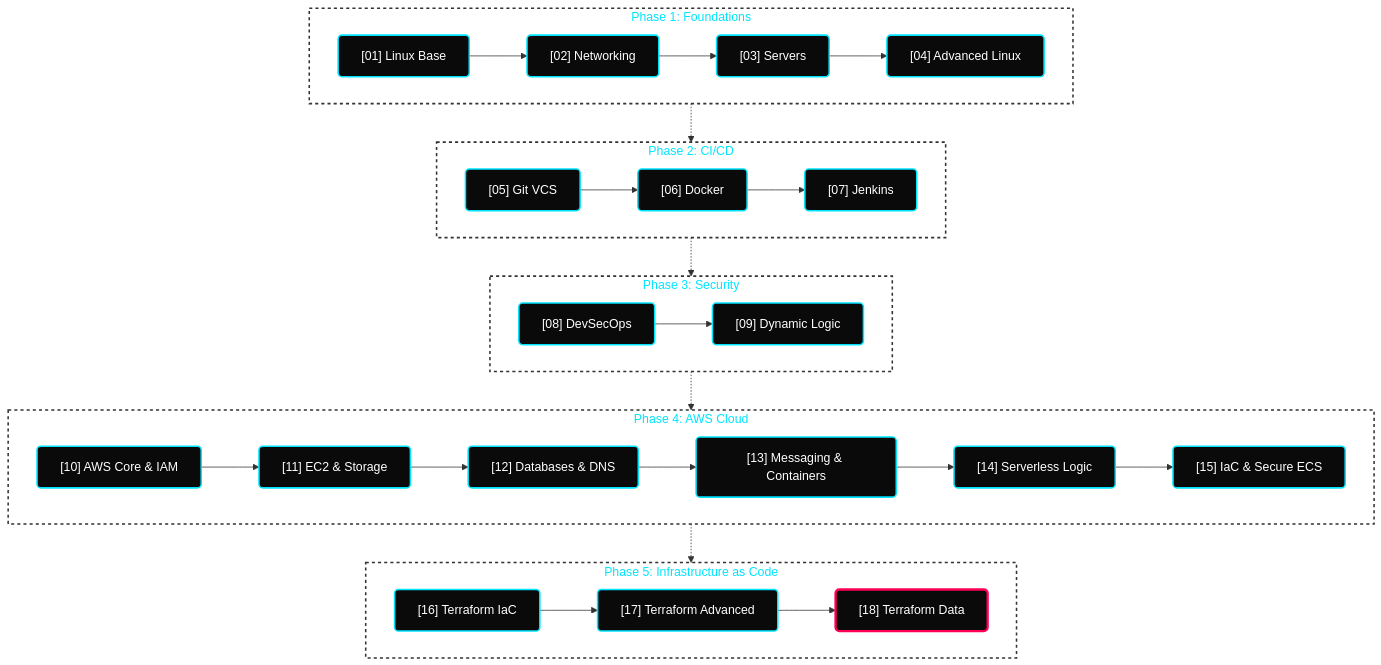
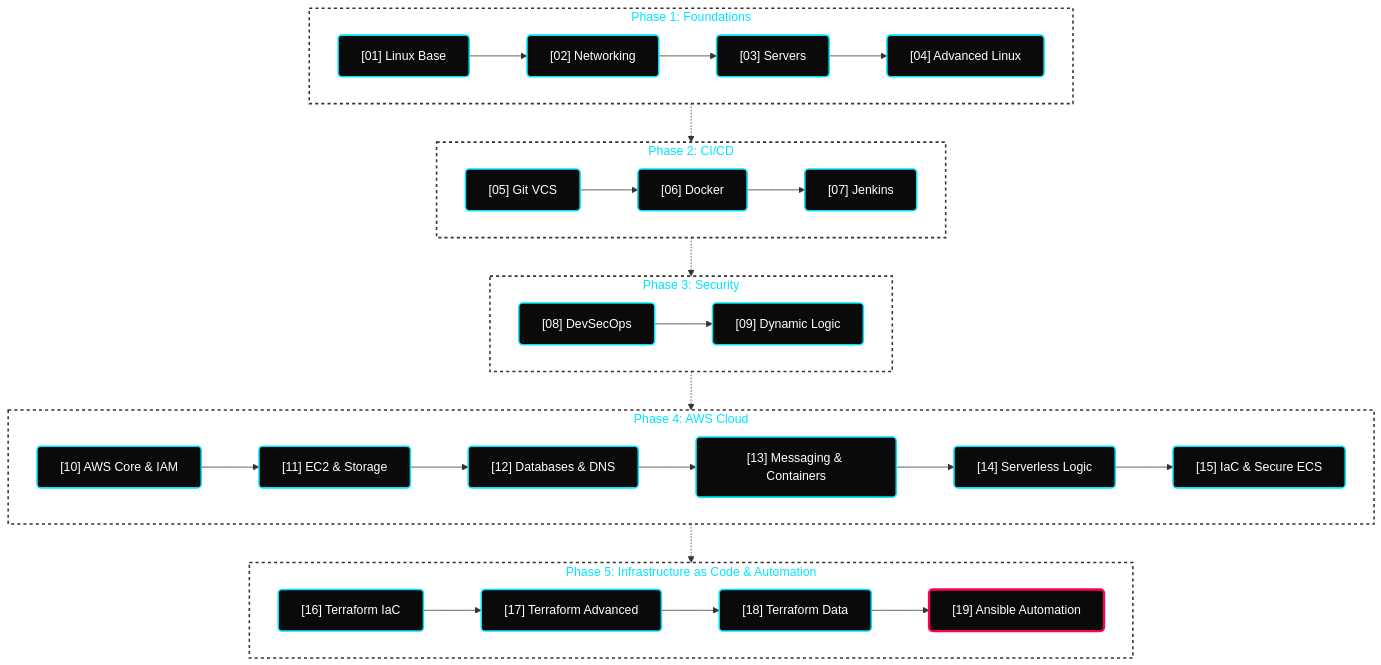
Before and after one commit to hridyen/DevOps-Survival-Roadmap: the diagram in README.md, drawn with Mermaid. The commit also changed other lines of this file and 10 other files, not shown here.

````diff
--- a/README.md
+++ b/README.md
@@ -106,33 +108,33 @@
 ```mermaid
 flowchart TD
     classDef default fill:#0A0A0A,stroke:#00E5FF,stroke-width:2px,color:#FFFFFF,rx:5px,ry:5px;
     classDef active fill:#0A0A0A,stroke:#FF0055,stroke-width:3px,color:#FFFFFF,rx:5px,ry:5px;
     classDef phase fill:transparent,stroke:#333333,stroke-width:2px,stroke-dasharray: 4 4,color:#00E5FF;
 
     subgraph P1 [Phase 1: Foundations]
         A["[01] Linux Base"] --> B["[02] Networking"] --> C["[03] Servers"] --> D["[04] Advanced Linux"]
     end
 
     subgraph P2 [Phase 2: CI/CD]
         E["[05] Git VCS"] --> F["[06] Docker"] --> G["[07] Jenkins"]
     end
 
     subgraph P3 [Phase 3: Security]
         H["[08] DevSecOps"] --> I["[09] Dynamic Logic"]
     end
 
     subgraph P4 [Phase 4: AWS Cloud]
         J["[10] AWS Core & IAM"] --> K["[11] EC2 & Storage"] --> L["[12] Databases & DNS"] --> M["[13] Messaging & Containers"] --> N["[14] Serverless Logic"] --> O["[15] IaC & Secure ECS"]
     end
 
-    subgraph P5 [Phase 5: Infrastructure as Code]
-        P["[16] Terraform IaC"] --> Q["[17] Terraform Advanced"] --> R["[18] Terraform Data"]:::active
+    subgraph P5 [Phase 5: Infrastructure as Code & Automation]
+        P["[16] Terraform IaC"] --> Q["[17] Terraform Advanced"] --> R["[18] Terraform Data"] --> S["[19] Ansible Automation"]:::active
     end
 
     P1 -.-> P2
     P2 -.-> P3
     P3 -.-> P4
     P4 -.-> P5
     
     class P1,P2,P3,P4,P5 phase;
 ```
````
